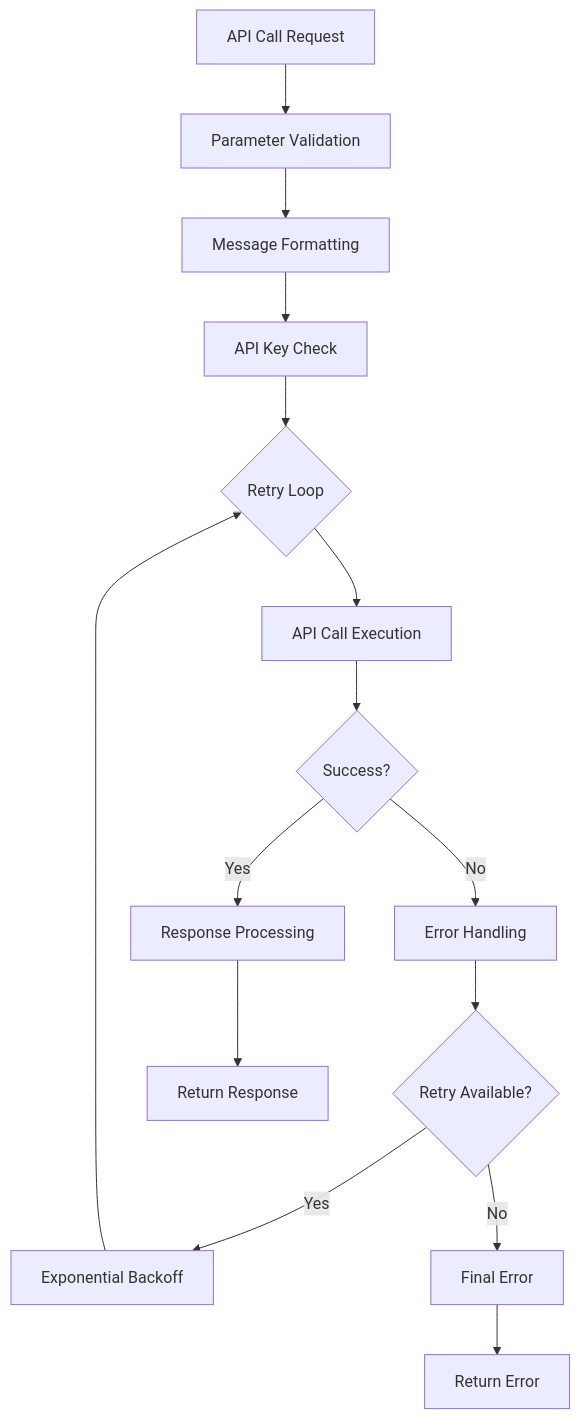
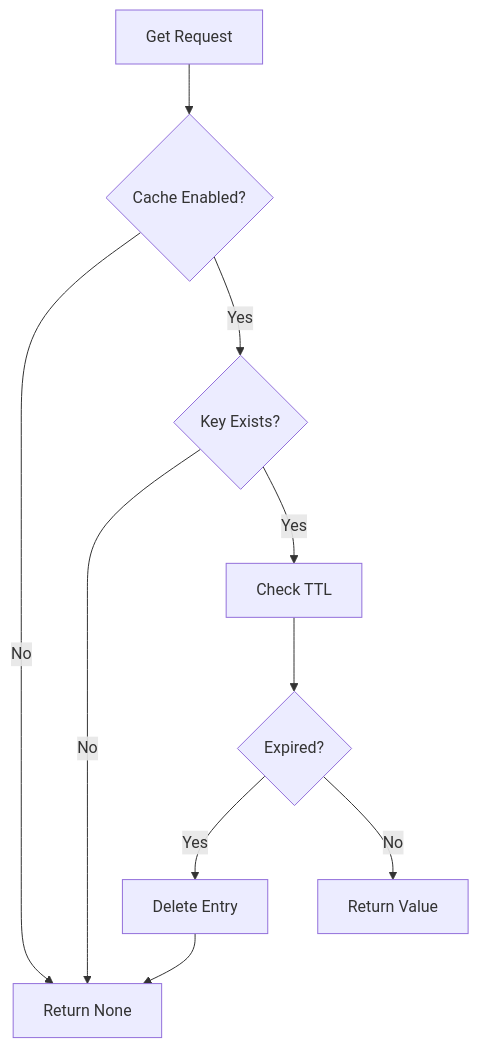
One commit to nakashima2toshio/anthropic_api_jp changed the ninth of 10 diagrams in doc/helper_api.md. Above: the diagram before and after it, drawn with Mermaid. The commit also changed other lines of this file and 12 other files, not shown here.

````diff
--- a/doc/helper_api.md
+++ b/doc/helper_api.md
@@ -351,17 +370,12 @@
 ```mermaid
 graph TD
-    A["API Call Request"] --> B["Parameter Validation"]
-    B --> C["Message Formatting"]
-    C --> D["API Key Check"]
-    D --> E{"Retry Loop"}
-    E --> F["API Call Execution"]
-    F --> G{"Success?"}
-    G -->|Yes| H["Response Processing"]
-    G -->|No| I["Error Handling"]
-    I --> J{"Retry Available?"}
-    J -->|Yes| K["Exponential Backoff"]
-    K --> E
-    J -->|No| L["Final Error"]
-    H --> M["Return Response"]
-    L --> N["Return Error"]
+    A["Get Request"] --> B{Cache Enabled?}
+    B -->|No| C["Return None"]
+    B -->|Yes| D{Key Exists?}
+    D -->|No| C
+    D -->|Yes| E["Check TTL"]
+    E --> F{Expired?}
+    F -->|Yes| G["Delete Entry"]
+    F -->|No| H["Return Value"]
+    G --> C
 ```
````
